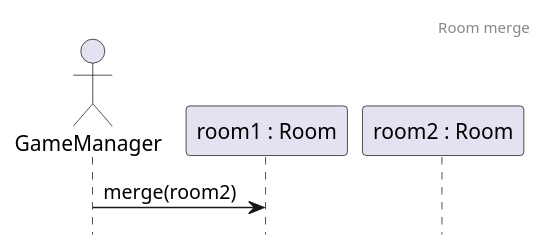
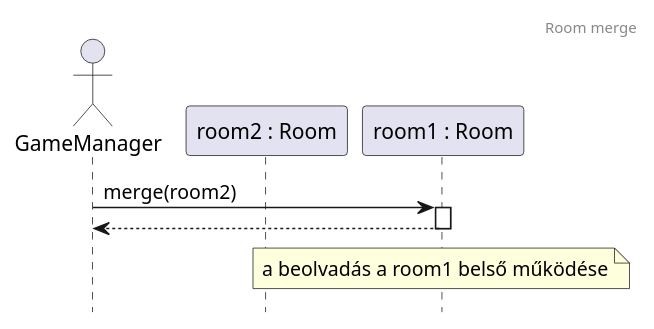
One commit to Kristof-me/Logarlec changed the diagram in docs/sequence/room/RoomMerge.puml. Above: the diagram before and after it, drawn with PlantUML. The commit also changed 48 other files, not shown here.

```diff
--- a/docs/sequence/room/RoomMerge.puml
+++ b/docs/sequence/room/RoomMerge.puml
@@ -1,51 +1,56 @@
 @startuml RoomMerge
 header Room merge
 hide footbox
 
 actor gm as "GameManager"
+participant r2 as "room2 : Room"
 participant r1 as "room1 : Room"
-participant r2 as "room2 : Room"
 
-gm -> r1 : merge(room2)
+gm -> r1 ++: merge(room2)
+return
+
+note over r1
+    a beolvadás a room1 belső működése
+end note
 
 /' 
 látványosabb lenne, ha a room1 olvadna bele ilyenkor 
 a room2-be, mert akkor több függvényhívást használnánk
 így csak belső működés az egész
 
 lentebb itthagyom a látványosabb változatot, de
 lehet ez egy külön diagrammra kéne és innen csak megreferálni
-
 
 actor gm as "GameManager"
 participant r1 as "room1 : Room"
 participant r2 as "room2 : Room"
 participant act as "actor : Actor"
 participant effect as "roomEffect : RoomEffect"
 participant item as "item : Item"
 
 gm -> r1 ++ : merge(room2)
 
 loop for each effect
     r1 -> r2 ++ : addEffect(roomEffect)
     return
 end
 
 loop for each item
     r1 -> item ++ : onDrop(room2)
     return
     r1 -> r2 ++ : addItem(item)
     'itt ugye még van az inventory-val is kommunikáció
     'de azt lehet holnap megcsinálom és itt csak referálok rá
     
     return
     
     r1 -> r1 : removeItem(item)
 end
 
 loop for each actor
     r1 -> act ++: teleport(room2, true)
     return
 end
 '/
+
 @enduml
```
